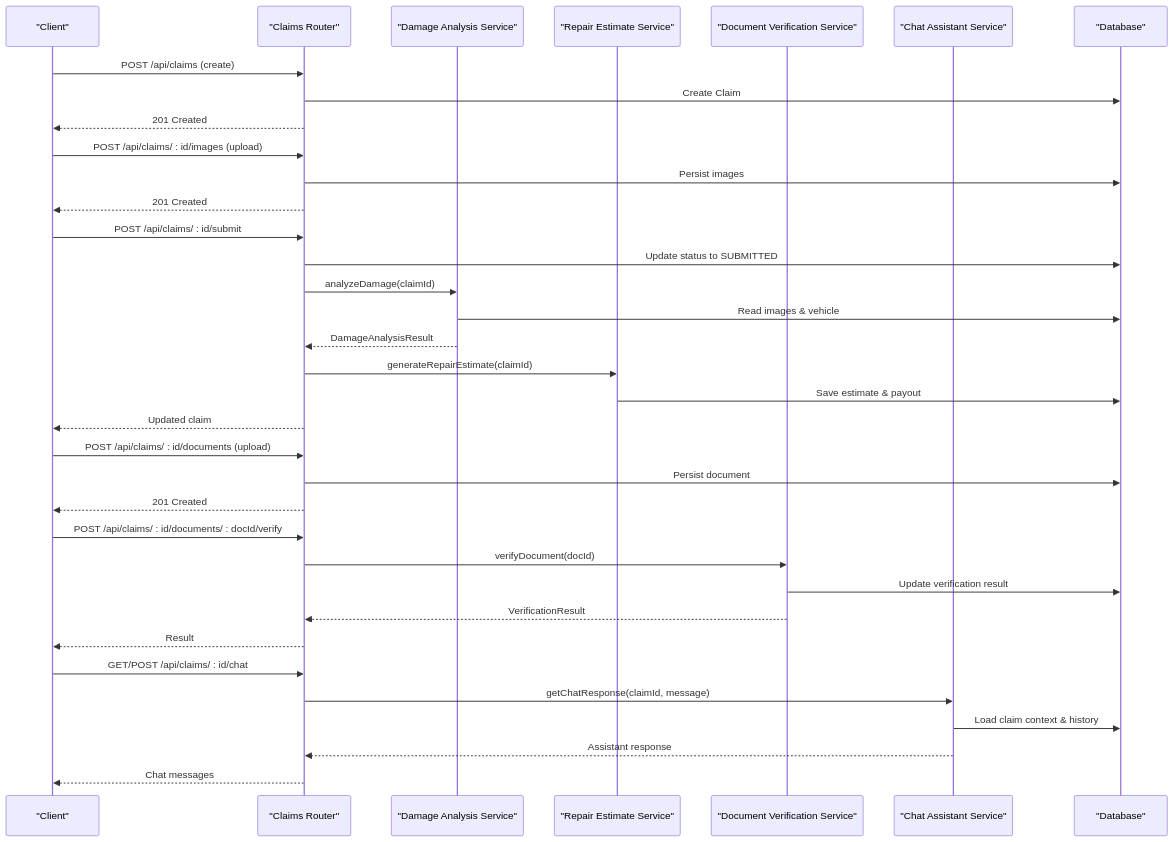
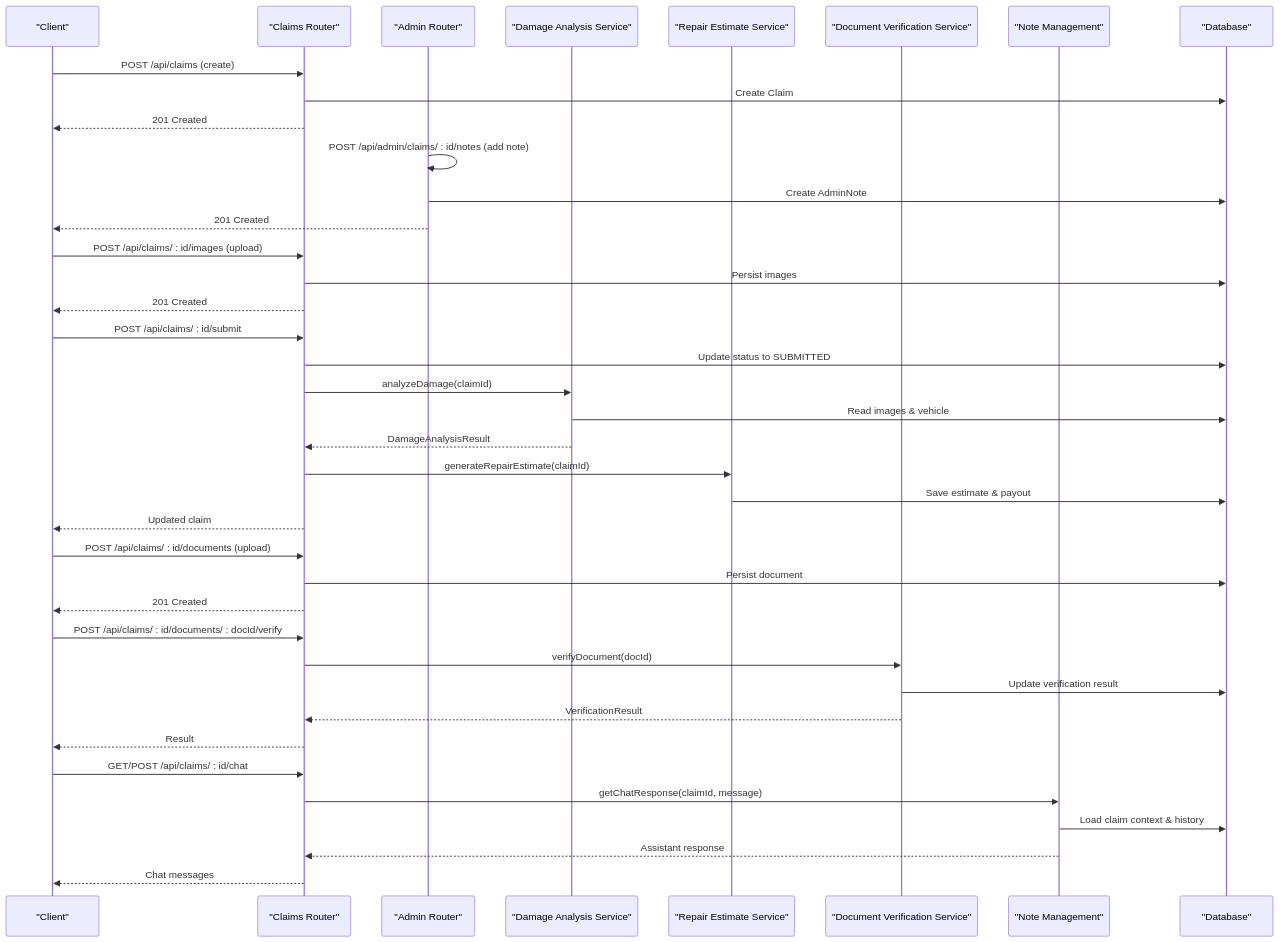
One commit to NaveenHiranya/Smart-Vehicle-Insurance-Claim-System changed the second of 8 diagrams in .qoder/repowiki/en/content/Backend Documentation/API Endpoints Reference/Claims Processing Endpoints.md. Above: the diagram before and after it, drawn with Mermaid. The commit also changed other lines of this file and 9 other files, not shown here.

````diff
--- a/.qoder/repowiki/en/content/Backend Documentation/API Endpoints Reference/Claims Processing Endpoints.md
+++ b/.qoder/repowiki/en/content/Backend Documentation/API Endpoints Reference/Claims Processing Endpoints.md
@@ -82,37 +93,41 @@
 ```mermaid
 sequenceDiagram
 participant C as "Client"
 participant R as "Claims Router"
+participant A as "Admin Router"
 participant S as "Damage Analysis Service"
 participant E as "Repair Estimate Service"
 participant V as "Document Verification Service"
-participant A as "Chat Assistant Service"
+participant N as "Note Management"
 participant DB as "Database"
 C->>R : POST /api/claims (create)
 R->>DB : Create Claim
 R-->>C : 201 Created
+A->>A : POST /api/admin/claims/ : id/notes (add note)
+A->>DB : Create AdminNote
+A-->>C : 201 Created
 C->>R : POST /api/claims/ : id/images (upload)
 R->>DB : Persist images
 R-->>C : 201 Created
 C->>R : POST /api/claims/ : id/submit
 R->>DB : Update status to SUBMITTED
 R->>S : analyzeDamage(claimId)
 S->>DB : Read images & vehicle
 S-->>R : DamageAnalysisResult
 R->>E : generateRepairEstimate(claimId)
 E->>DB : Save estimate & payout
 R-->>C : Updated claim
 C->>R : POST /api/claims/ : id/documents (upload)
 R->>DB : Persist document
 R-->>C : 201 Created
 C->>R : POST /api/claims/ : id/documents/ : docId/verify
 R->>V : verifyDocument(docId)
 V->>DB : Update verification result
 V-->>R : VerificationResult
 R-->>C : Result
 C->>R : GET/POST /api/claims/ : id/chat
-R->>A : getChatResponse(claimId, message)
-A->>DB : Load claim context & history
-A-->>R : Assistant response
+R->>N : getChatResponse(claimId, message)
+N->>DB : Load claim context & history
+N-->>R : Assistant response
 R-->>C : Chat messages
 ```
````
